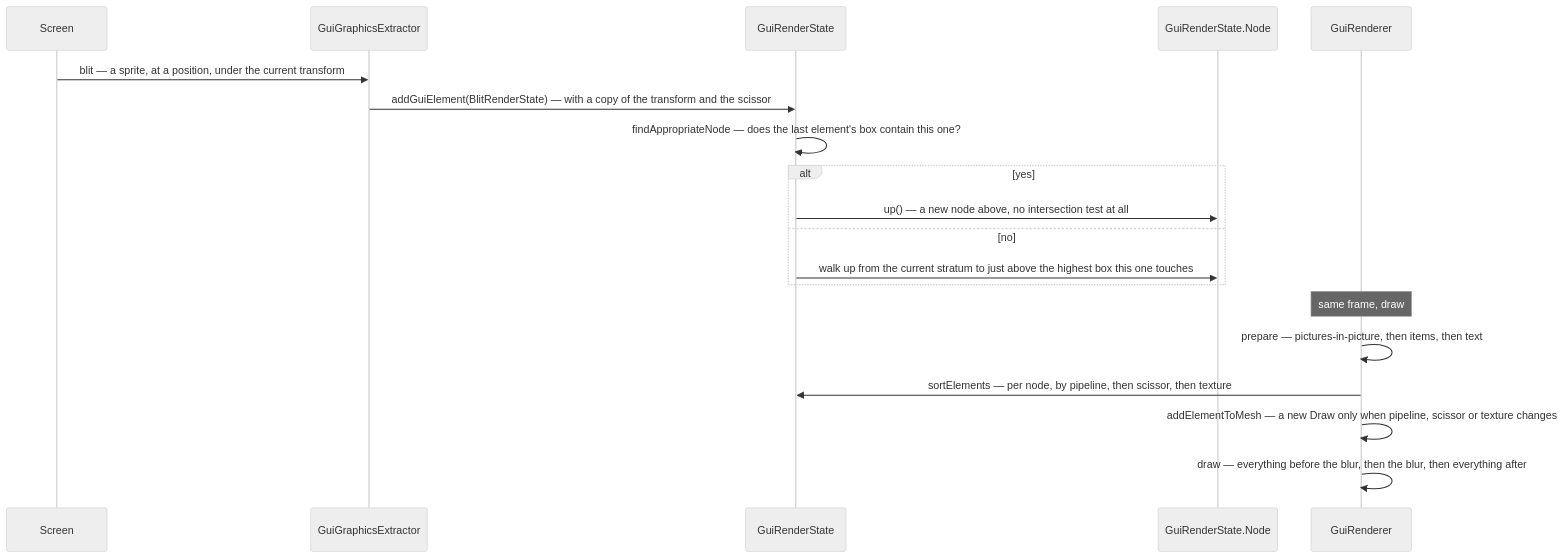
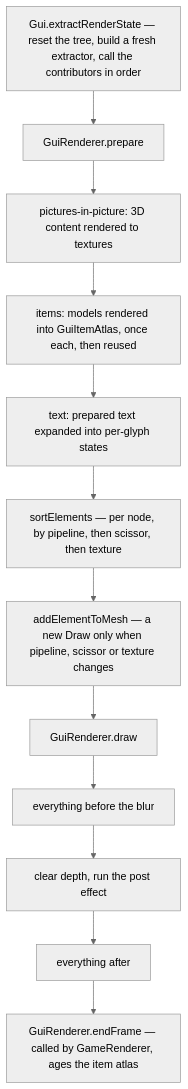
The second of 2 diagrams in src/systems/client/the-gui-render-tree.md (AlexanderjFraser/MinecraftDocs), drawn with Mermaid (neutral theme) before and after one commit. The commit also changed other lines of this file and 27 other files, not shown here.

````diff
--- a/src/systems/client/the-gui-render-tree.md
+++ b/src/systems/client/the-gui-render-tree.md
@@ -76,22 +100,17 @@
 ```mermaid
-sequenceDiagram
-    participant S as Screen
-    participant GGE as GuiGraphicsExtractor
-    participant GRS as GuiRenderState
-    participant N as GuiRenderState.Node
-    participant GR as GuiRenderer
-
-    S->>GGE: blit — a sprite, at a position, under the current transform
-    GGE->>GRS: addGuiElement(BlitRenderState) — with a copy of the transform and the scissor
-    GRS->>GRS: findAppropriateNode — does the last element's box contain this one?
-    alt yes
-        GRS->>N: up() — a new node above, no intersection test at all
-    else no
-        GRS->>N: walk up from the current stratum to just above the highest box this one touches
-    end
-    Note over GR: same frame, draw
-    GR->>GR: prepare — pictures-in-picture, then items, then text
-    GR->>GRS: sortElements — per node, by pipeline, then scissor, then texture
-    GR->>GR: addElementToMesh — a new Draw only when pipeline, scissor or texture changes
-    GR->>GR: draw — everything before the blur, then the blur, then everything after
+flowchart TD
+    REC["Gui.extractRenderState — reset the tree, build a fresh extractor, call the contributors in order"]
+    PREP["GuiRenderer.prepare"]
+    PIP["pictures-in-picture: 3D content rendered to textures"]
+    ITEM["items: models rendered into GuiItemAtlas, once each, then reused"]
+    TEXT["text: prepared text expanded into per-glyph states"]
+    SORT["sortElements — per node, by pipeline, then scissor, then texture"]
+    MESH["addElementToMesh — a new Draw only when pipeline, scissor or texture changes"]
+    DRAW["GuiRenderer.draw"]
+    BEFORE["everything before the blur"]
+    BLUR["clear depth, run the post effect"]
+    AFTER["everything after"]
+    END["GuiRenderer.endFrame — called by GameRenderer, ages the item atlas"]
+    REC --> PREP --> PIP --> ITEM --> TEXT --> SORT --> MESH --> DRAW
+    DRAW --> BEFORE --> BLUR --> AFTER --> END
 ```
````
